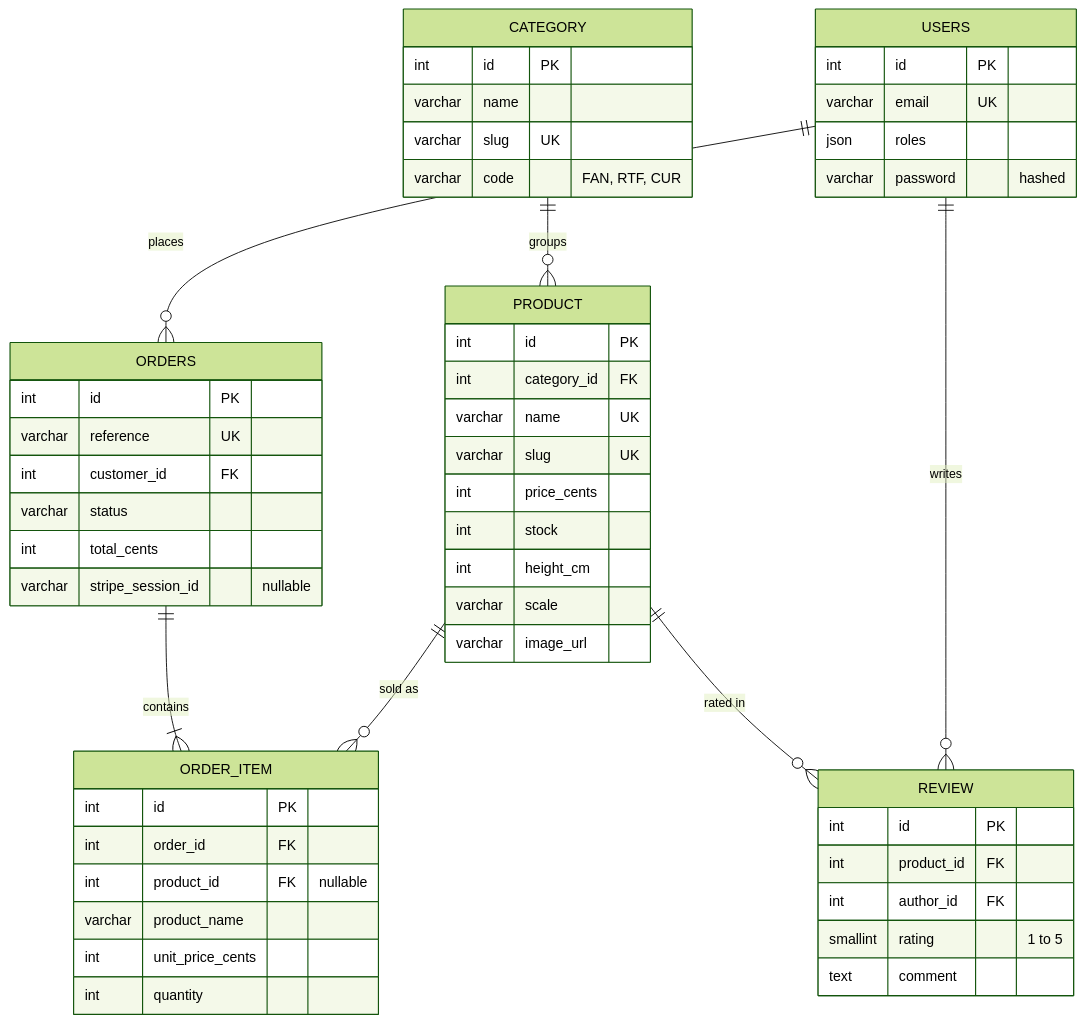
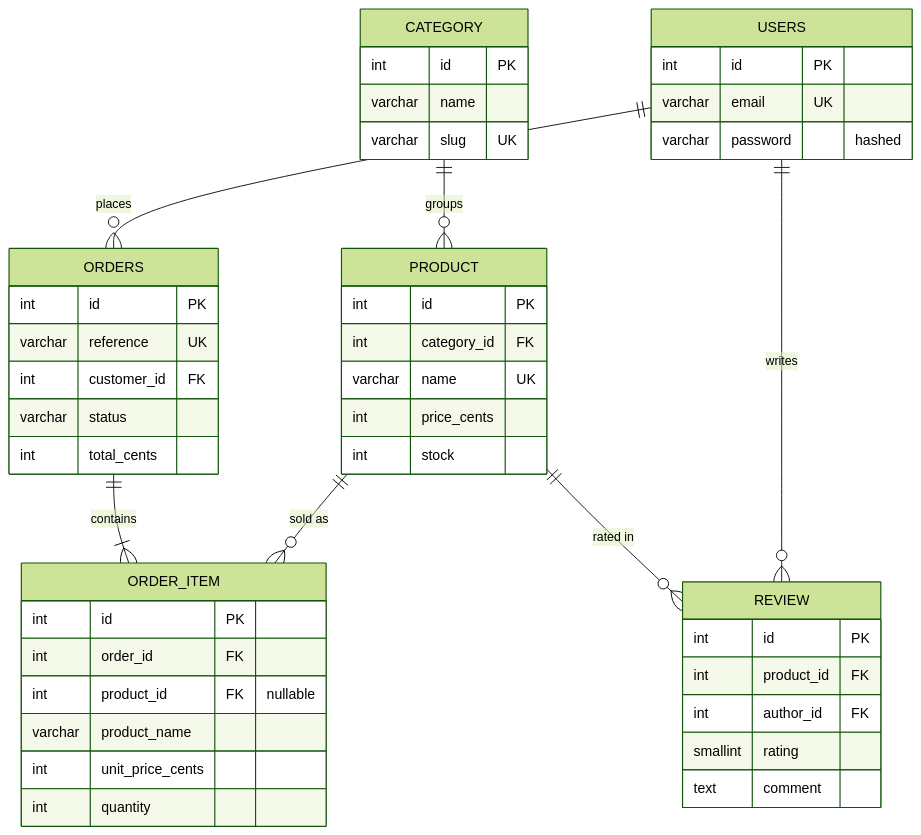
One commit to puremax-lab/Figurama changed the diagram in README.md. Above: the diagram before and after it, drawn with Mermaid (forest theme). The commit also changed other lines of this file, not shown here.

````diff
--- a/README.md
+++ b/README.md
@@ -63,56 +56,49 @@
 ```mermaid
 erDiagram
-    CATEGORY ||--o{ PRODUCT : "groups"
-    USERS ||--o{ ORDERS : "places"
-    ORDERS ||--|{ ORDER_ITEM : "contains"
+    CATEGORY ||--o{ PRODUCT : groups
+    USERS ||--o{ ORDERS : places
+    ORDERS ||--|{ ORDER_ITEM : contains
     PRODUCT ||--o{ ORDER_ITEM : "sold as"
     PRODUCT ||--o{ REVIEW : "rated in"
-    USERS ||--o{ REVIEW : "writes"
+    USERS ||--o{ REVIEW : writes
 
     CATEGORY {
         int id PK
         varchar name
         varchar slug UK
-        varchar code "FAN, RTF, CUR"
     }
     PRODUCT {
         int id PK
         int category_id FK
         varchar name UK
-        varchar slug UK
         int price_cents
         int stock
-        int height_cm
-        varchar scale
-        varchar image_url
     }
     USERS {
         int id PK
         varchar email UK
-        json roles
         varchar password "hashed"
     }
     ORDERS {
         int id PK
         varchar reference UK
         int customer_id FK
         varchar status
         int total_cents
-        varchar stripe_session_id "nullable"
-    }
-    REVIEW {
-        int id PK
-        int product_id FK
-        int author_id FK
-        smallint rating "1 to 5"
-        text comment
     }
     ORDER_ITEM {
         int id PK
         int order_id FK
         int product_id FK "nullable"
         varchar product_name
         int unit_price_cents
         int quantity
     }
+    REVIEW {
+        int id PK
+        int product_id FK
+        int author_id FK
+        smallint rating
+        text comment
+    }
 ```
````
